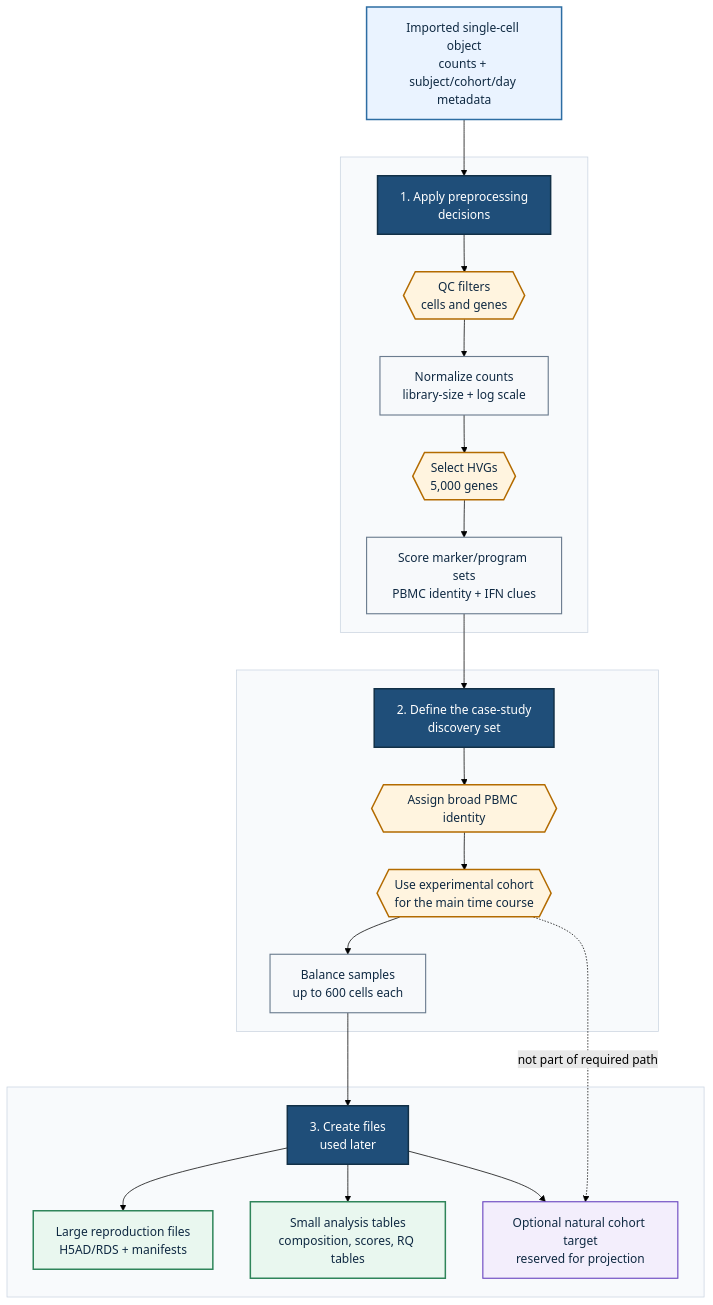
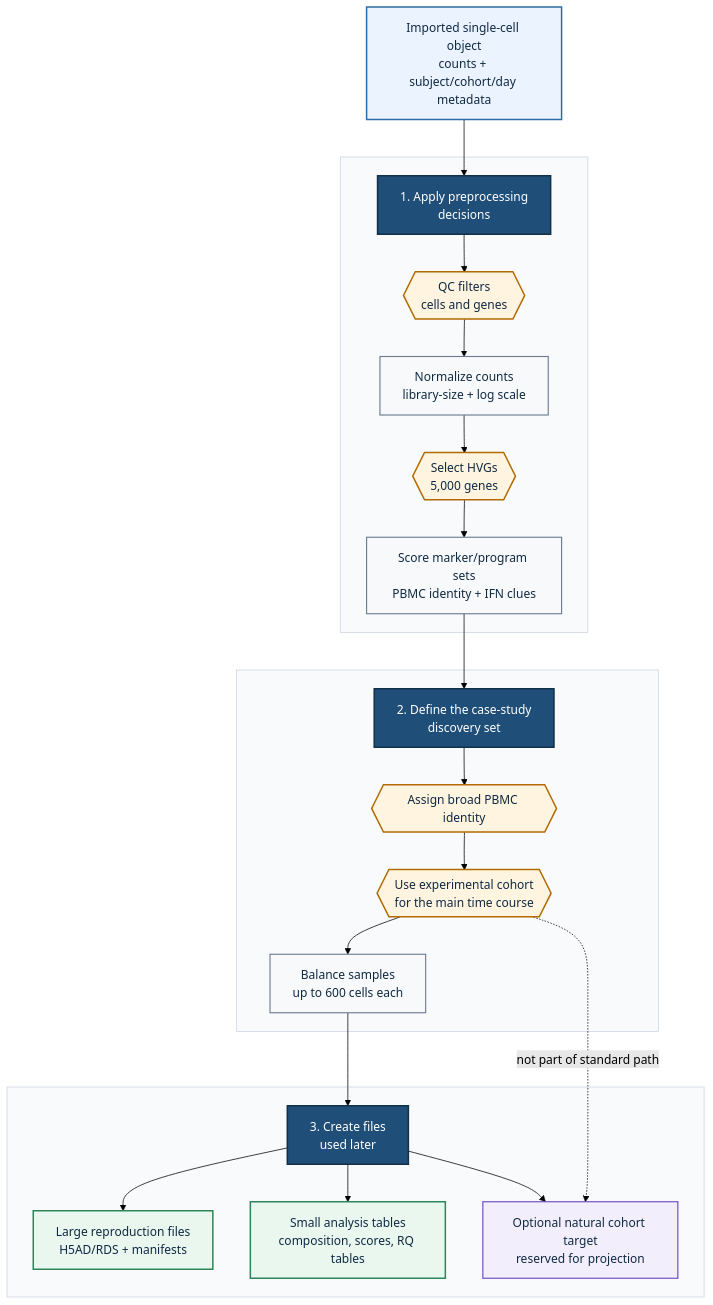
The diagram in _data_wrangling.qmd (opencasestudies/ocs-bio-temporal), drawn with Mermaid (forest theme) before and after one commit. The commit also changed other lines of this file and 140 other files, not shown here.

Commit message:
Refine CS5 didactic navigation and section flow

````diff
--- a/_data_wrangling.qmd
+++ b/_data_wrangling.qmd
@@ -21,43 +30,43 @@
 ```{mermaid}
 flowchart TB
   classDef source fill:#eaf3ff,stroke:#2d6da3,stroke-width:2px,color:#102a43
   classDef process fill:#f7f9fb,stroke:#6b7c8f,stroke-width:1.5px,color:#102a43
   classDef decision fill:#fff4df,stroke:#b36b00,stroke-width:2px,color:#102a43
   classDef output fill:#e9f7ef,stroke:#2f855a,stroke-width:2px,color:#102a43
   classDef note fill:#f3eefc,stroke:#6b46c1,stroke-width:1.5px,color:#102a43
   classDef stage fill:#1f4e79,stroke:#123047,stroke-width:2px,color:#ffffff
 
   A["Imported single-cell object<br/>counts + subject/cohort/day metadata"]:::source
 
   subgraph S1[" "]
     P1["1. Apply preprocessing<br/>decisions"]:::stage
     E{{"QC filters<br/>cells and genes"}}:::decision
     F["Normalize counts<br/>library-size + log scale"]:::process
     G{{"Select HVGs<br/>5,000 genes"}}:::decision
     H["Score marker/program sets<br/>PBMC identity + IFN clues"]:::process
   end
 
   subgraph S2[" "]
     P2["2. Define the case-study<br/>discovery set"]:::stage
     I{{"Assign broad PBMC identity"}}:::decision
     J{{"Use experimental cohort<br/>for the main time course"}}:::decision
     K["Balance samples<br/>up to 600 cells each"]:::process
   end
 
   subgraph S3[" "]
     P3["3. Create files<br/>used later"]:::stage
     L["Large reproduction files<br/>H5AD/RDS + manifests"]:::output
     M["Small analysis tables<br/>composition, scores, RQ tables"]:::output
     N["Optional natural cohort target<br/>reserved for projection"]:::note
   end
 
   A --> P1 --> E --> F --> G --> H --> P2 --> I --> J --> K --> P3
   P3 --> M
   P3 --> L
   P3 --> N
-  J -. "not part of required path" .-> N
+  J -. "not part of standard path" .-> N
 
   style S1 fill:#f8fafc,stroke:#cbd5e1,stroke-width:1px,color:#102a43
   style S2 fill:#f8fafc,stroke:#cbd5e1,stroke-width:1px,color:#102a43
   style S3 fill:#f8fafc,stroke:#cbd5e1,stroke-width:1px,color:#102a43
 ```
````
